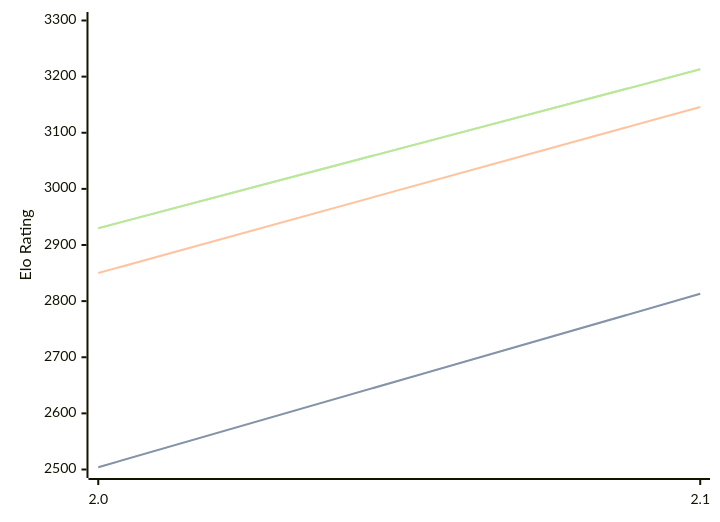
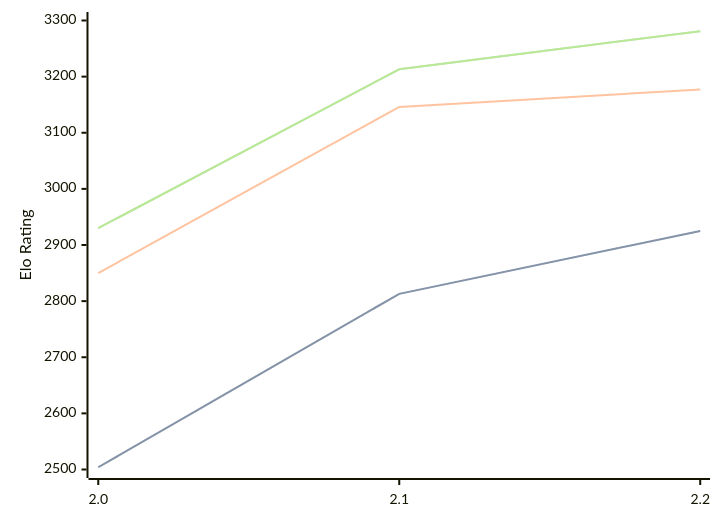
One commit to computer-chess-index/cci changed the diagram in engines/Tunguska.md. Above: the diagram before and after it, drawn with Mermaid. The commit also changed other lines of this file, not shown here.

Commit message:
Update CCI Ratings (ELO VLTC) - 2026-09-09

````diff
--- a/engines/Tunguska.md
+++ b/engines/Tunguska.md
@@ -33,11 +33,11 @@
 ```mermaid
 %%{init: {"theme":"base","themeVariables":{"seriesColors:['#a3a3a3','#222221','#faa371']}}}%%
 xychart-beta
-  x-axis ["2.0", "2.1"]
+  x-axis ["2.0", "2.1", "2.2"]
   y-axis "Elo Rating" 2500 --> 3300
-  line "" [2504, 2813]
-  line "STC (8.0+0.08s)" [2504, 2813]
-  line "LTC (60.0+0.60s)" [2850, 3146]
-  line "" [2930, 3213]
-  line "VLTC (2m24s+1.12s)" [2930, 3213]
+  line "" [2504, 2813, 2925]
+  line "STC (8.0+0.08s)" [2504, 2813, 2925]
+  line "LTC (60.0+0.60s)" [2850, 3146, 3177]
+  line "" [2930, 3213, 3281]
+  line "VLTC (2m24s+1.12s)" [2930, 3213, 3281]
 ```
````
